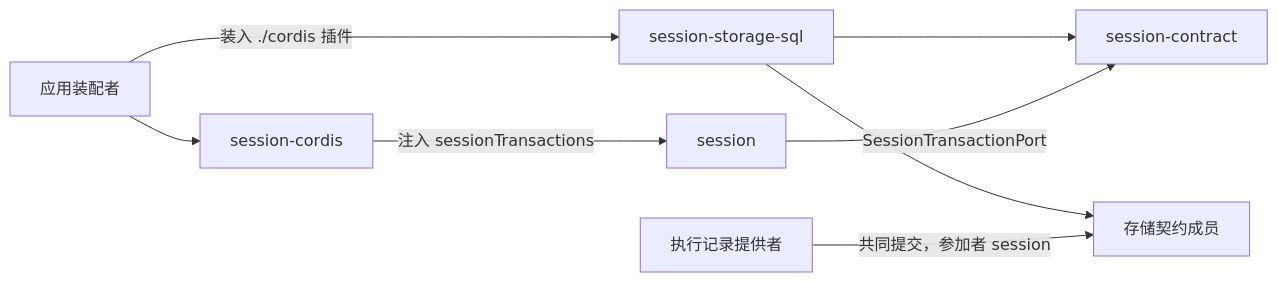
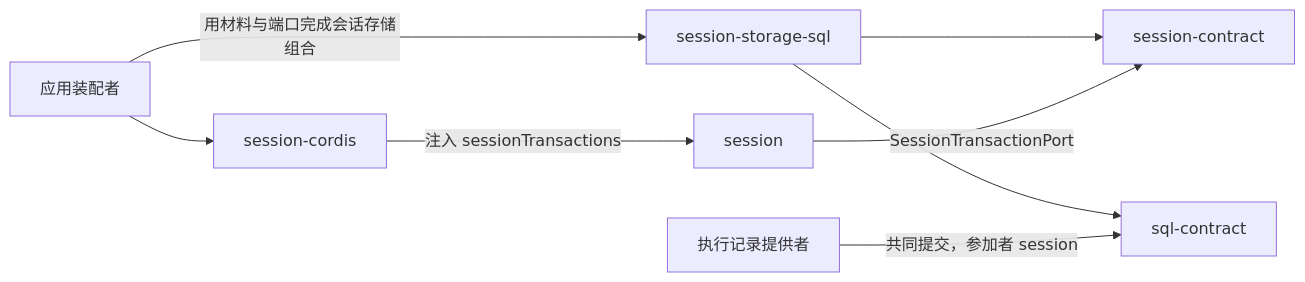
The diagram in packages/session/session-storage-sql/docs/context.md (nemori-ai/omne-harness-lite), drawn with Mermaid before and after one commit. The commit also changed other lines of this file and 28 other files, not shown here.

First line of the commit message:
docs(session-storage-sql, session-adapters): 同步第二段实现现状、sql-contract 公开形状采用与已知限制（#1000）

````diff
--- a/packages/session/session-storage-sql/docs/context.md
+++ b/packages/session/session-storage-sql/docs/context.md
@@ -50,12 +49,12 @@
 ```mermaid
 flowchart LR
   Contract[session-contract]
-  StoreC[存储契约成员]
+  StoreC[sql-contract]
   Storage[session-storage-sql] --> Contract
   Storage --> StoreC
   Impl[session] -->|SessionTransactionPort| Contract
   Provider[session-cordis] -->|注入 sessionTransactions| Impl
-  App[应用装配者] -->|装入 ./cordis 插件| Storage
+  App[应用装配者] -->|用材料与端口完成会话存储组合| Storage
   App --> Provider
   Exec[执行记录提供者] -->|共同提交，参加者 session| StoreC
 ```
````
